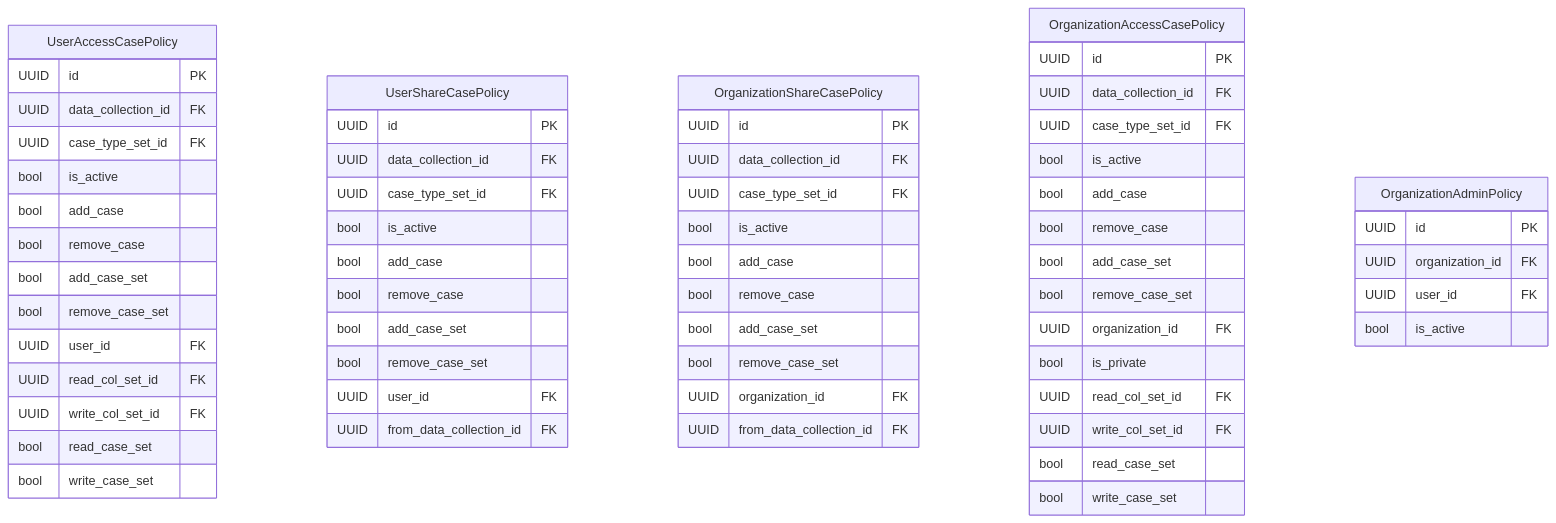
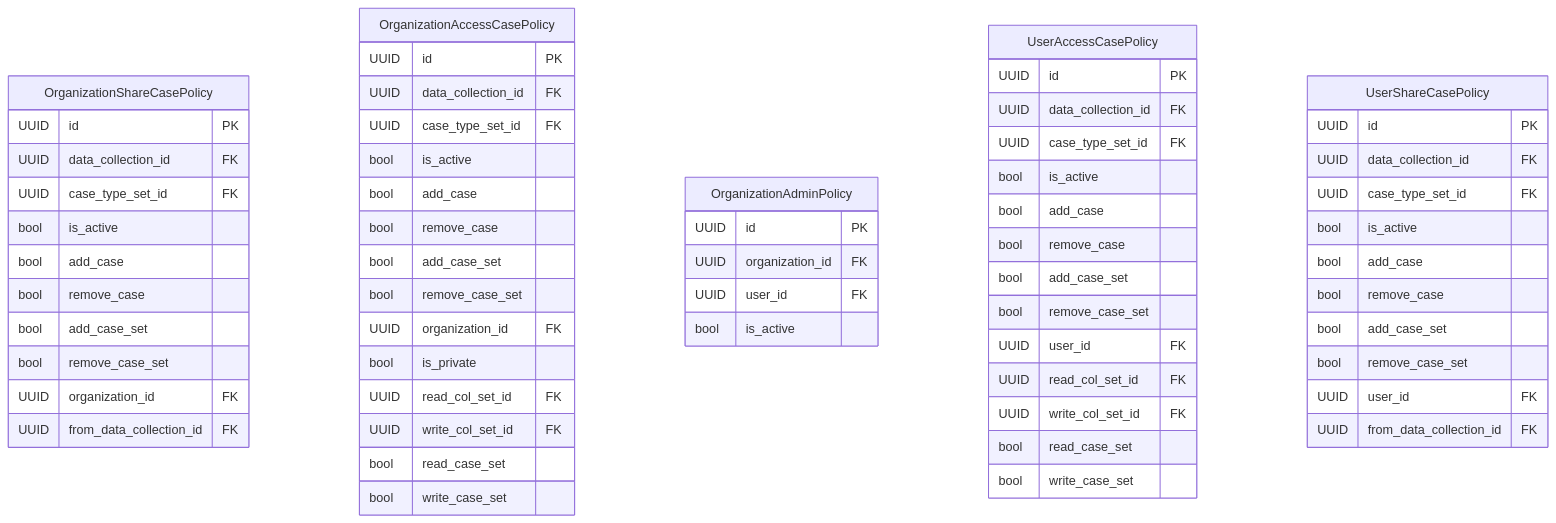
Before and after one commit to RIVM-bioinformatics/gen-epix-api: the diagram in docs/erm/casedb.abac.detailed.md, drawn with Mermaid. The commit also changed other lines of this file and 40 other files, not shown here.

Commit message:
refactor: commondb config parsing (type verification) expanded chore: regenerated ERM diagrams

````diff
--- a/docs/erm/casedb.abac.detailed.md
+++ b/docs/erm/casedb.abac.detailed.md
@@ -5,72 +5,72 @@
 ```mermaid
 erDiagram
     %% casedb / ABAC (detailed)
 
     %% Entity definitions
-    UserAccessCasePolicy {
-        UUID id PK
-        UUID data_collection_id FK
-        UUID case_type_set_id FK
-        bool is_active
-        bool add_case
-        bool remove_case
-        bool add_case_set
-        bool remove_case_set
-        UUID user_id FK
-        UUID read_col_set_id FK
-        UUID write_col_set_id FK
-        bool read_case_set
-        bool write_case_set
-    }
-
-    UserShareCasePolicy {
-        UUID id PK
-        UUID data_collection_id FK
-        UUID case_type_set_id FK
-        bool is_active
-        bool add_case
-        bool remove_case
-        bool add_case_set
-        bool remove_case_set
-        UUID user_id FK
-        UUID from_data_collection_id FK
-    }
-
     OrganizationShareCasePolicy {
         UUID id PK
         UUID data_collection_id FK
         UUID case_type_set_id FK
         bool is_active
         bool add_case
         bool remove_case
         bool add_case_set
         bool remove_case_set
         UUID organization_id FK
         UUID from_data_collection_id FK
     }
 
     OrganizationAccessCasePolicy {
         UUID id PK
         UUID data_collection_id FK
         UUID case_type_set_id FK
         bool is_active
         bool add_case
         bool remove_case
         bool add_case_set
         bool remove_case_set
         UUID organization_id FK
         bool is_private
         UUID read_col_set_id FK
         UUID write_col_set_id FK
         bool read_case_set
         bool write_case_set
     }
 
     OrganizationAdminPolicy {
         UUID id PK
         UUID organization_id FK
         UUID user_id FK
         bool is_active
     }
 
+    UserAccessCasePolicy {
+        UUID id PK
+        UUID data_collection_id FK
+        UUID case_type_set_id FK
+        bool is_active
+        bool add_case
+        bool remove_case
+        bool add_case_set
+        bool remove_case_set
+        UUID user_id FK
+        UUID read_col_set_id FK
+        UUID write_col_set_id FK
+        bool read_case_set
+        bool write_case_set
+    }
+
+    UserShareCasePolicy {
+        UUID id PK
+        UUID data_collection_id FK
+        UUID case_type_set_id FK
+        bool is_active
+        bool add_case
+        bool remove_case
+        bool add_case_set
+        bool remove_case_set
+        UUID user_id FK
+        UUID from_data_collection_id FK
+    }
+
 ```
````
